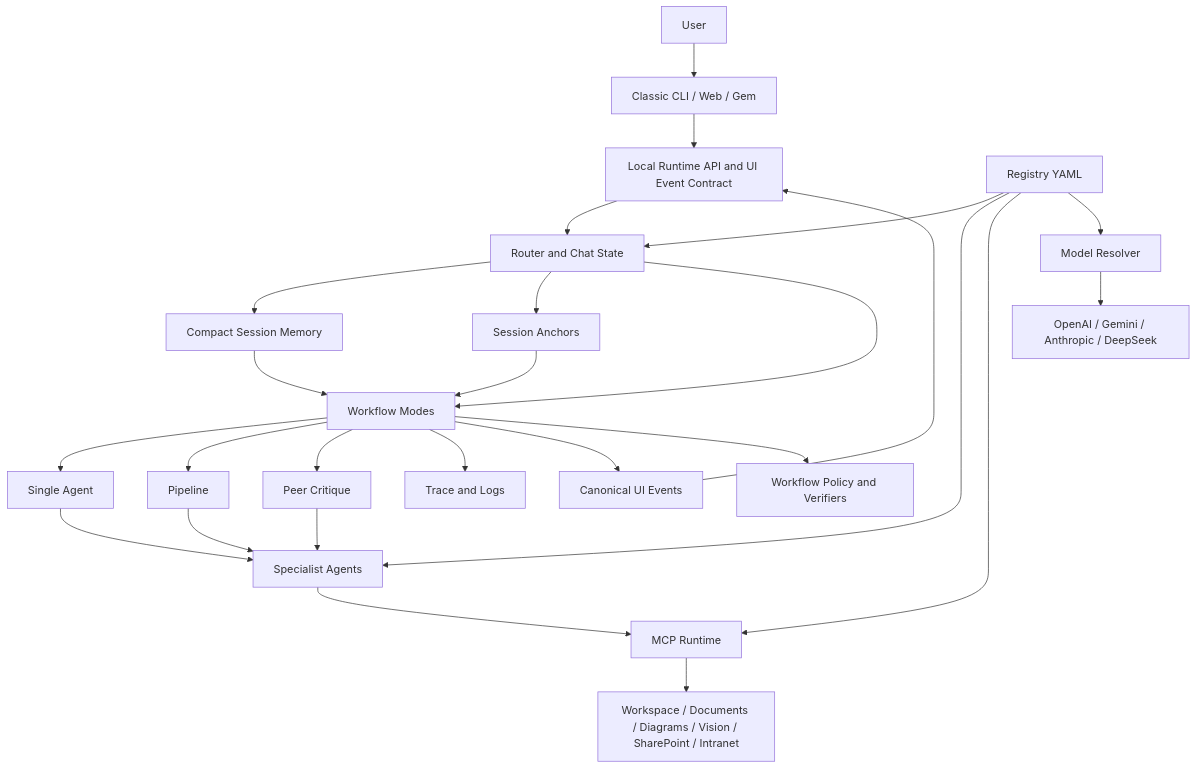
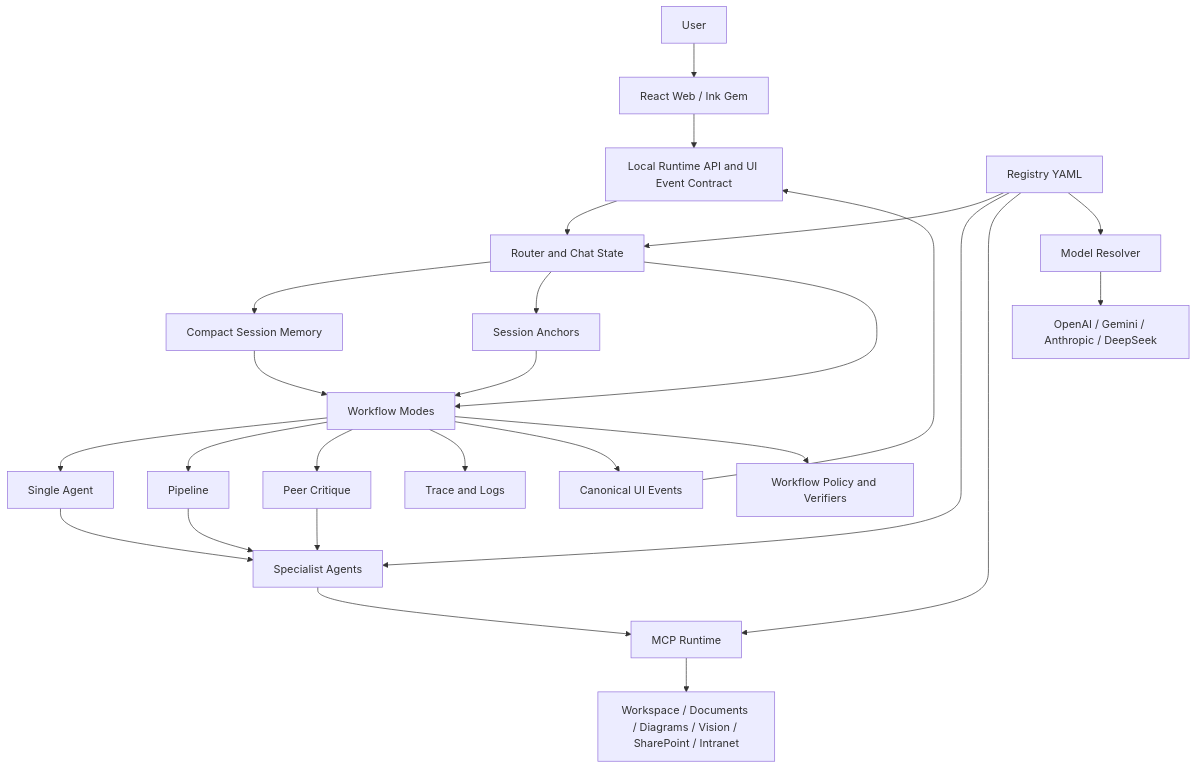
One commit to crissdiamond/crisAI changed the first of 2 diagrams in README.md. Above: the diagram before and after it, drawn with Mermaid. The commit also changed other lines of this file and 3 other files, not shown here.

````diff
--- a/README.md
+++ b/README.md
@@ -32,33 +32,33 @@
 ```mermaid
 flowchart TB
-    User[User] --> Surfaces[Classic CLI / Web / Gem]
+    User[User] --> Surfaces[React Web / Ink Gem]
     Surfaces --> RuntimeAPI[Local Runtime API and UI Event Contract]
     RuntimeAPI --> Router[Router and Chat State]
     Router --> SessionMemory[Compact Session Memory]
     Router --> SessionAnchors[Session Anchors]
     Router --> Workflows[Workflow Modes]
 
     SessionMemory --> Workflows
     SessionAnchors --> Workflows
     Workflows --> Single[Single Agent]
     Workflows --> Pipeline[Pipeline]
     Workflows --> Peer[Peer Critique]
 
     Single --> Agents[Specialist Agents]
     Pipeline --> Agents
     Peer --> Agents
 
     Registry[Registry YAML] --> Router
     Registry --> Agents
     Registry --> Runtime[MCP Runtime]
     Registry --> Models[Model Resolver]
 
     Agents --> Runtime
     Models --> Providers[OpenAI / Gemini / Anthropic / DeepSeek]
     Runtime --> Sources[Workspace / Documents / Diagrams / Vision / SharePoint / Intranet]
 
     Workflows --> Trace[Trace and Logs]
     Workflows --> UIEvents[Canonical UI Events]
     Workflows --> Policy[Workflow Policy and Verifiers]
     UIEvents --> RuntimeAPI
 ```
````
